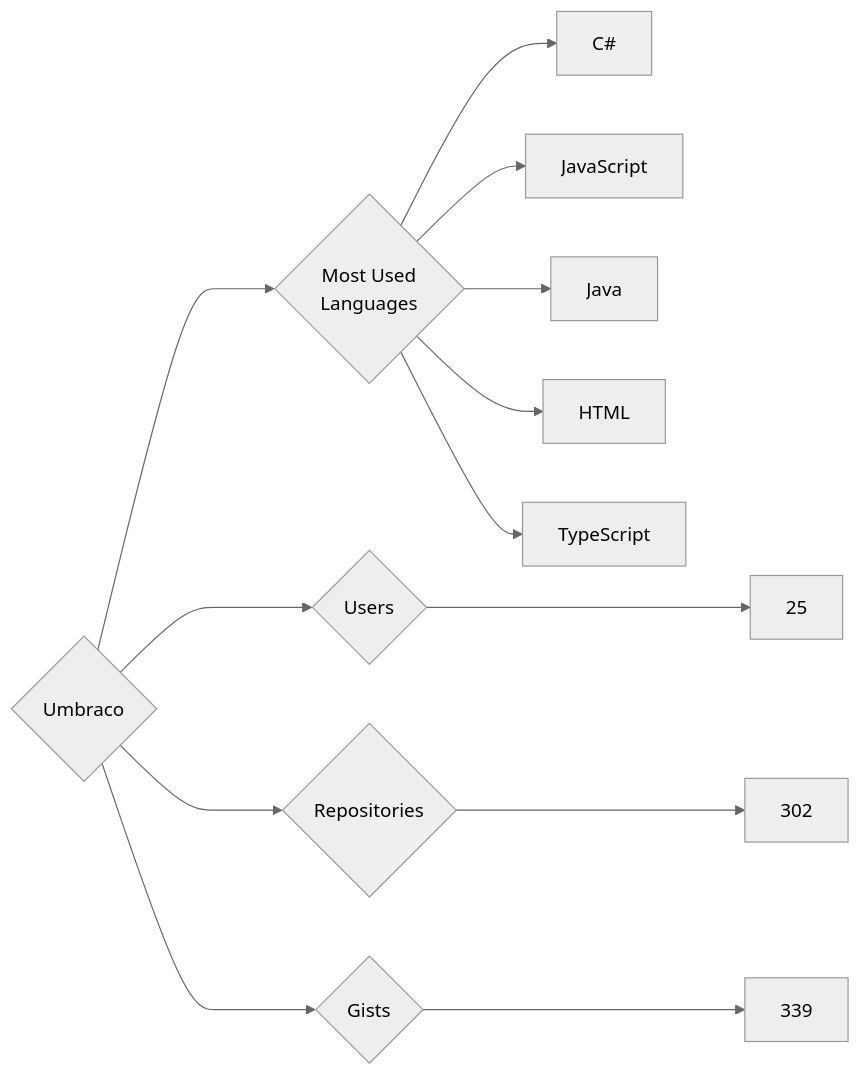
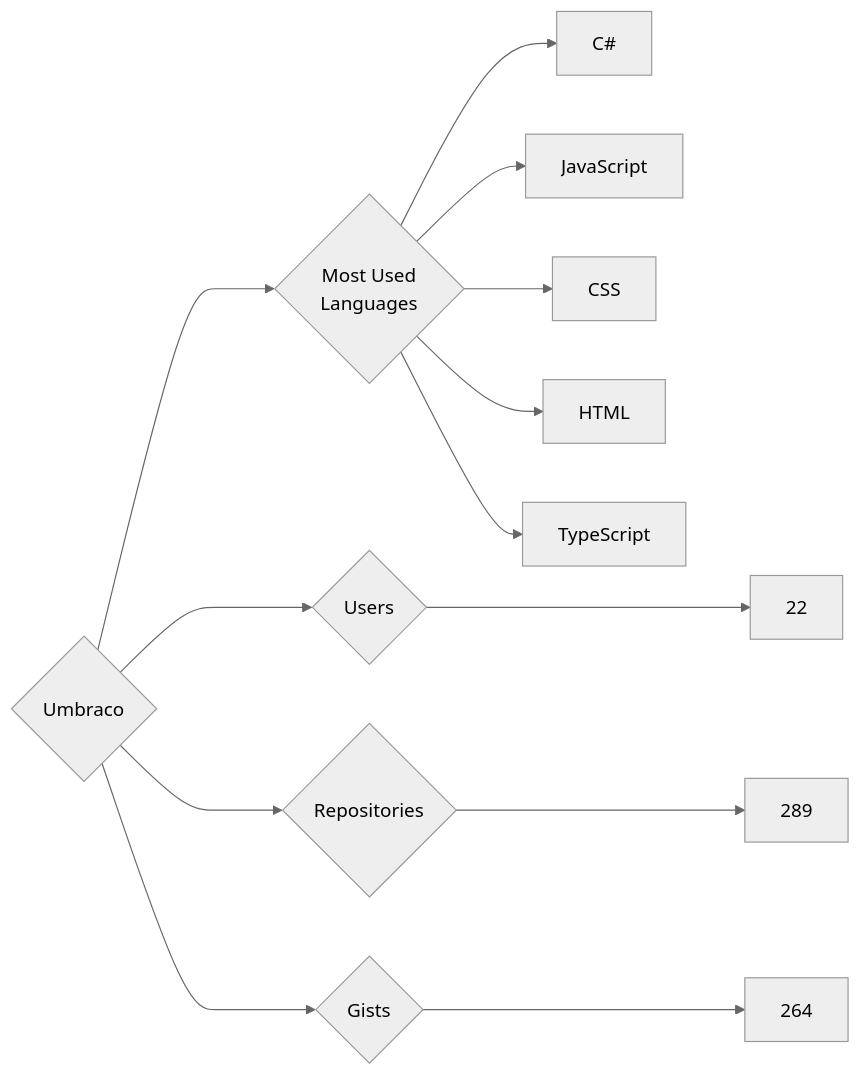
The diagram in targets/Umbraco/README.md (trickest/insiders), drawn with Mermaid (neutral theme) before and after one commit. The commit also changed 878 other files, not shown here.

````diff
--- a/targets/Umbraco/README.md
+++ b/targets/Umbraco/README.md
@@ -3,13 +3,13 @@
 ```mermaid
 graph LR
 COMPANY_NAME{Umbraco}
-COMPANY_NAME ---> U{Users} ---> UN[25]
-COMPANY_NAME ---> R{Repositories} ---> RN[302]
-COMPANY_NAME ---> G{Gists} ---> GN[339]
+COMPANY_NAME ---> U{Users} ---> UN[22]
+COMPANY_NAME ---> R{Repositories} ---> RN[289]
+COMPANY_NAME ---> G{Gists} ---> GN[264]
 COMPANY_NAME ---> ML{Most Used<br>Languages}
 ML --> C#[C#]
 ML --> JavaScript[JavaScript]
-ML --> Java[Java]
+ML --> CSS[CSS]
 ML --> HTML[HTML]
 ML --> TypeScript[TypeScript]
 ```
````
